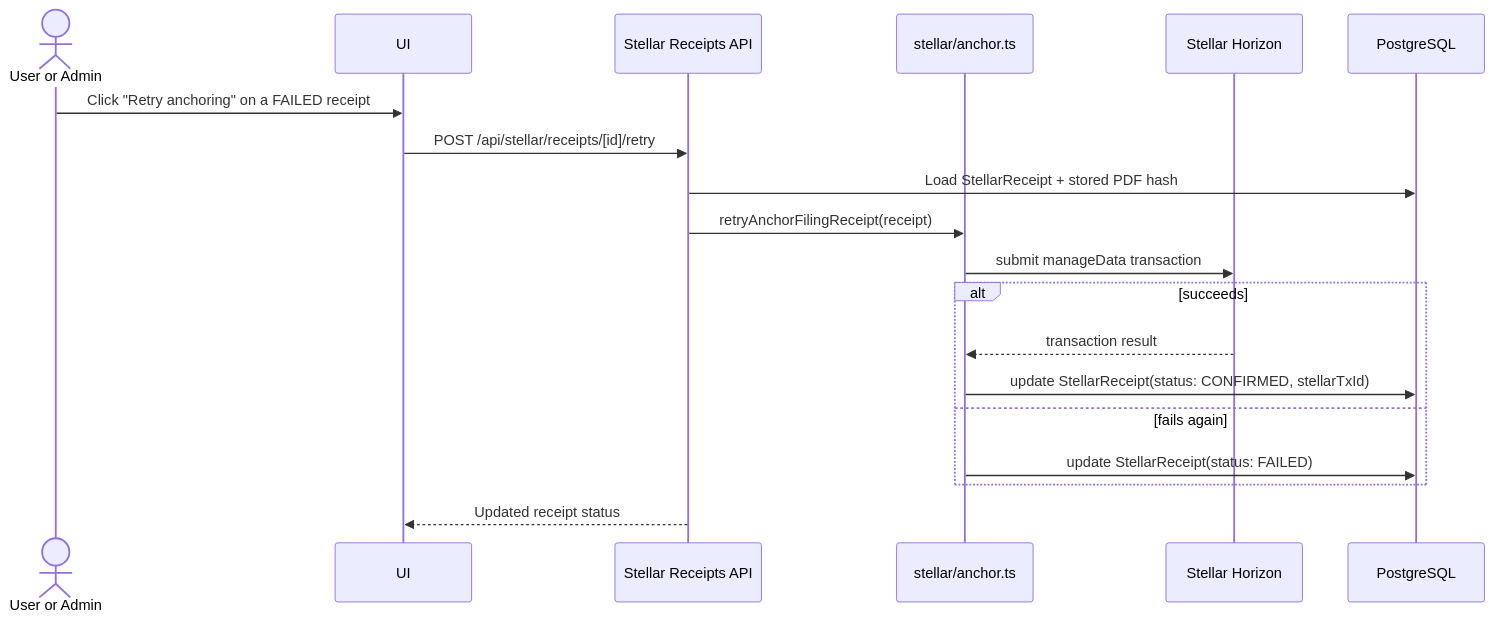
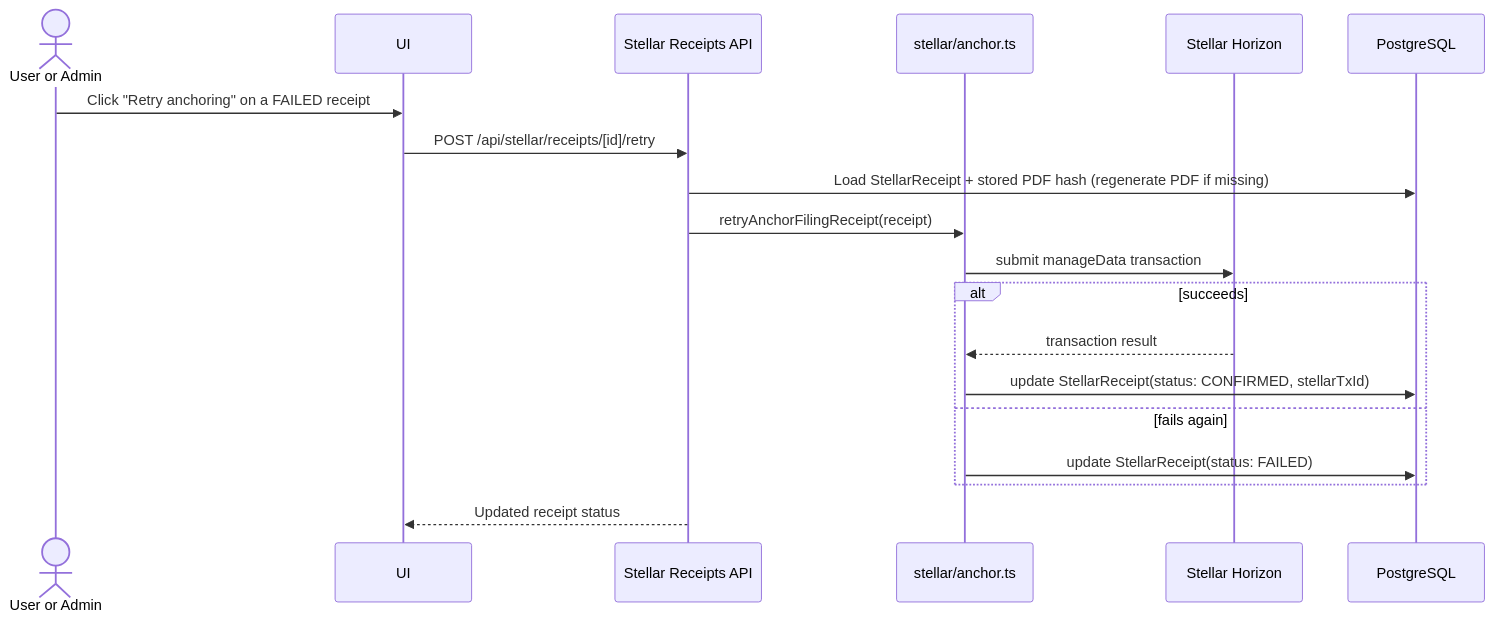
Before and after one commit to 0xhakua/Krunchr: the fourth of 4 diagrams in README.md, drawn with Mermaid. The commit also changed other lines of this file, not shown here.

````diff
--- a/README.md
+++ b/README.md
@@ -186,22 +208,22 @@
 ```mermaid
 sequenceDiagram
     actor U as User or Admin
     participant UI as UI
     participant API as Stellar Receipts API
     participant STELLAR as stellar/anchor.ts
     participant HORIZON as Stellar Horizon
     participant DB as PostgreSQL
 
     U->>UI: Click "Retry anchoring" on a FAILED receipt
     UI->>API: POST /api/stellar/receipts/[id]/retry
-    API->>DB: Load StellarReceipt + stored PDF hash
+    API->>DB: Load StellarReceipt + stored PDF hash (regenerate PDF if missing)
     API->>STELLAR: retryAnchorFilingReceipt(receipt)
     STELLAR->>HORIZON: submit manageData transaction
     alt succeeds
         HORIZON-->>STELLAR: transaction result
         STELLAR->>DB: update StellarReceipt(status: CONFIRMED, stellarTxId)
     else fails again
         STELLAR->>DB: update StellarReceipt(status: FAILED)
     end
     API-->>UI: Updated receipt status
 ```
````
